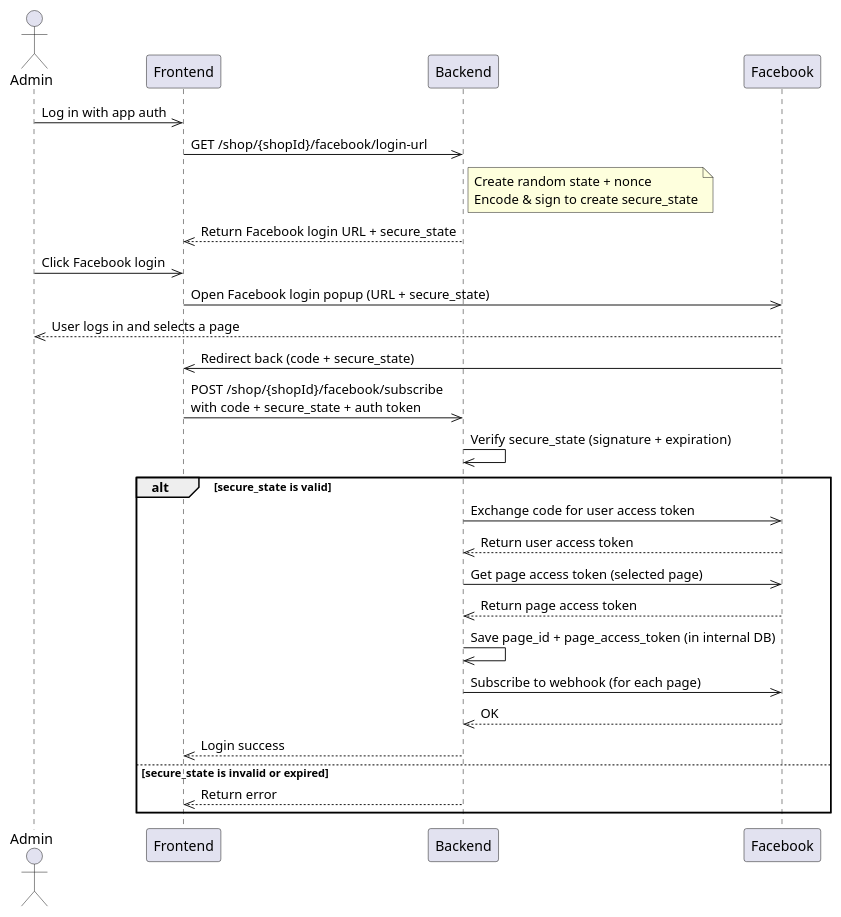
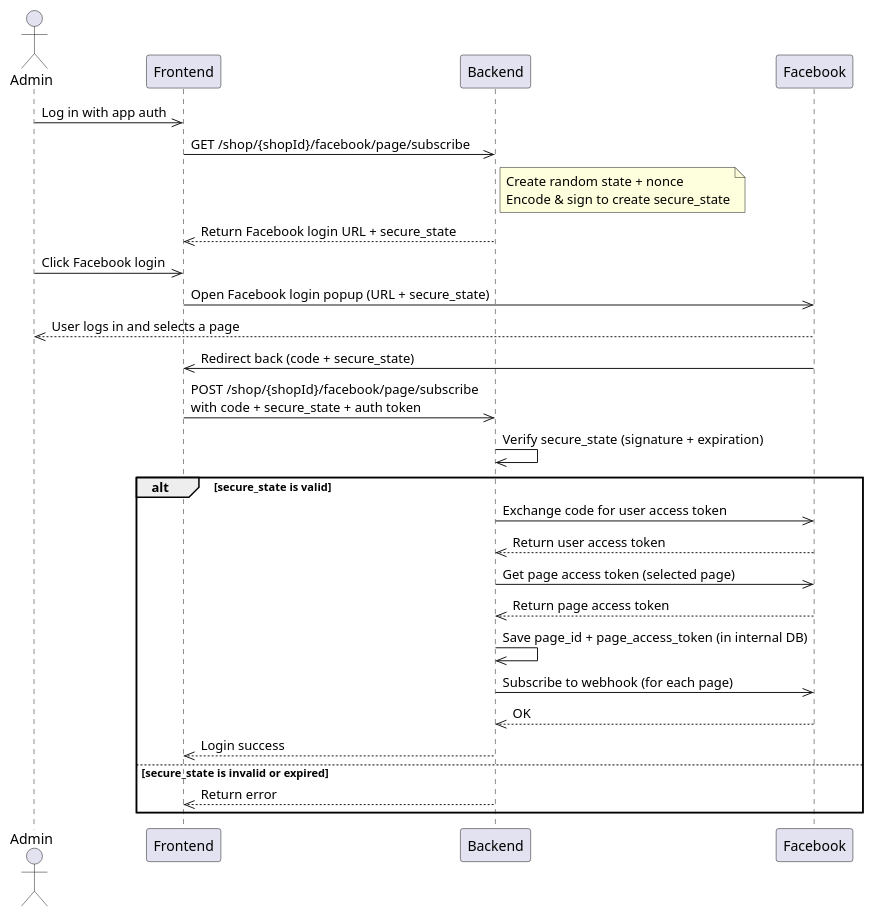
Before and after one commit to gbb19/facebook-login: the diagram in sequence-diagram.plantuml, drawn with PlantUML.

```diff
--- a/sequence-diagram.plantuml
+++ b/sequence-diagram.plantuml
@@ -1,42 +1,42 @@
 @startuml
 actor Admin
 participant Frontend
 participant Backend
 participant Facebook
 
 Admin ->> Frontend: Log in with app auth
-Frontend ->> Backend: GET /shop/{shopId}/facebook/login-url
+Frontend ->> Backend: GET /shop/{shopId}/facebook/page/subscribe
 
 note right of Backend
   Create random state + nonce
   Encode & sign to create secure_state
 end note
 
 Backend -->> Frontend: Return Facebook login URL + secure_state
 
 Admin ->> Frontend: Click Facebook login
 Frontend ->> Facebook: Open Facebook login popup (URL + secure_state)
 Facebook -->> Admin: User logs in and selects a page
 Facebook ->> Frontend: Redirect back (code + secure_state)
 
-Frontend ->> Backend: POST /shop/{shopId}/facebook/subscribe\nwith code + secure_state + auth token
+Frontend ->> Backend: POST /shop/{shopId}/facebook/page/subscribe\nwith code + secure_state + auth token
 
 Backend ->> Backend: Verify secure_state (signature + expiration)
 
 alt secure_state is valid
     Backend ->> Facebook: Exchange code for user access token
     Facebook -->> Backend: Return user access token
 
     Backend ->> Facebook: Get page access token (selected page)
     Facebook -->> Backend: Return page access token
 
     Backend ->> Backend: Save page_id + page_access_token (in internal DB)
 
     Backend ->> Facebook: Subscribe to webhook (for each page)
     Facebook -->> Backend: OK
 
     Backend -->> Frontend: Login success
 else secure_state is invalid or expired
     Backend -->> Frontend: Return error
 end
 @enduml
```
